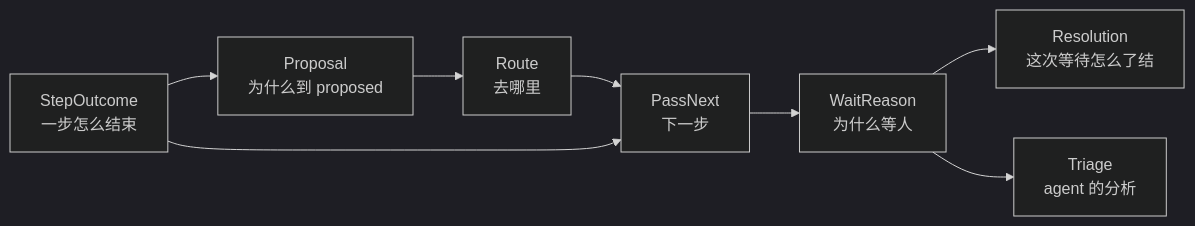
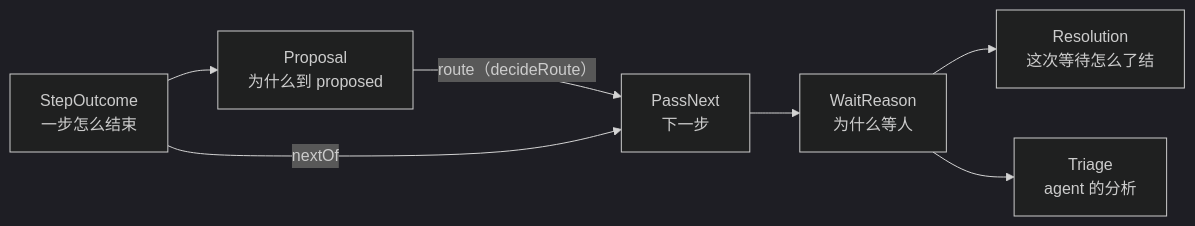
One commit to steven-zhc/lingtai changed the diagram in doc/design/types.zh.md. Above: the diagram before and after it, drawn with Mermaid (dark theme). The commit also changed other lines of this file, not shown here.

First line of the commit message:
docs(design): Route is not a type — proposed routes, and what it chooses is the same PassNext every step ends in

````diff
--- a/doc/design/types.zh.md
+++ b/doc/design/types.zh.md
@@ -16,10 +16,9 @@
 ```mermaid
 flowchart LR
   A["StepOutcome<br/>一步怎么结束"] --> B["Proposal<br/>为什么到 proposed"]
-  B --> C["Route<br/>去哪里"]
-  C --> D["PassNext<br/>下一步"]
-  A --> D
+  B -->|"route（decideRoute）"| D["PassNext<br/>下一步"]
+  A -->|nextOf| D
   D --> E["WaitReason<br/>为什么等人"]
   E --> F["Resolution<br/>这次等待怎么了结"]
   E --> G["Triage<br/>agent 的分析"]
 ```
````
